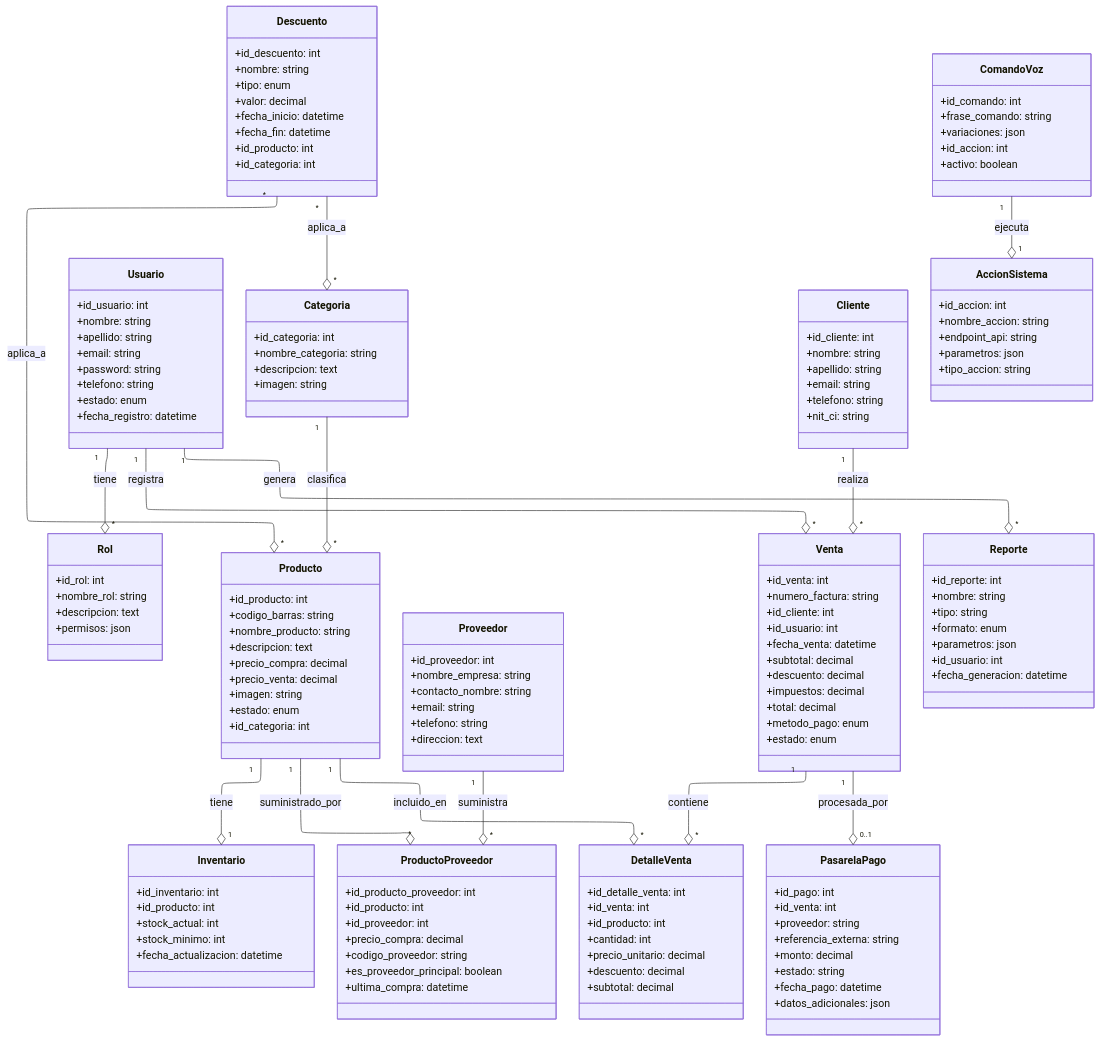
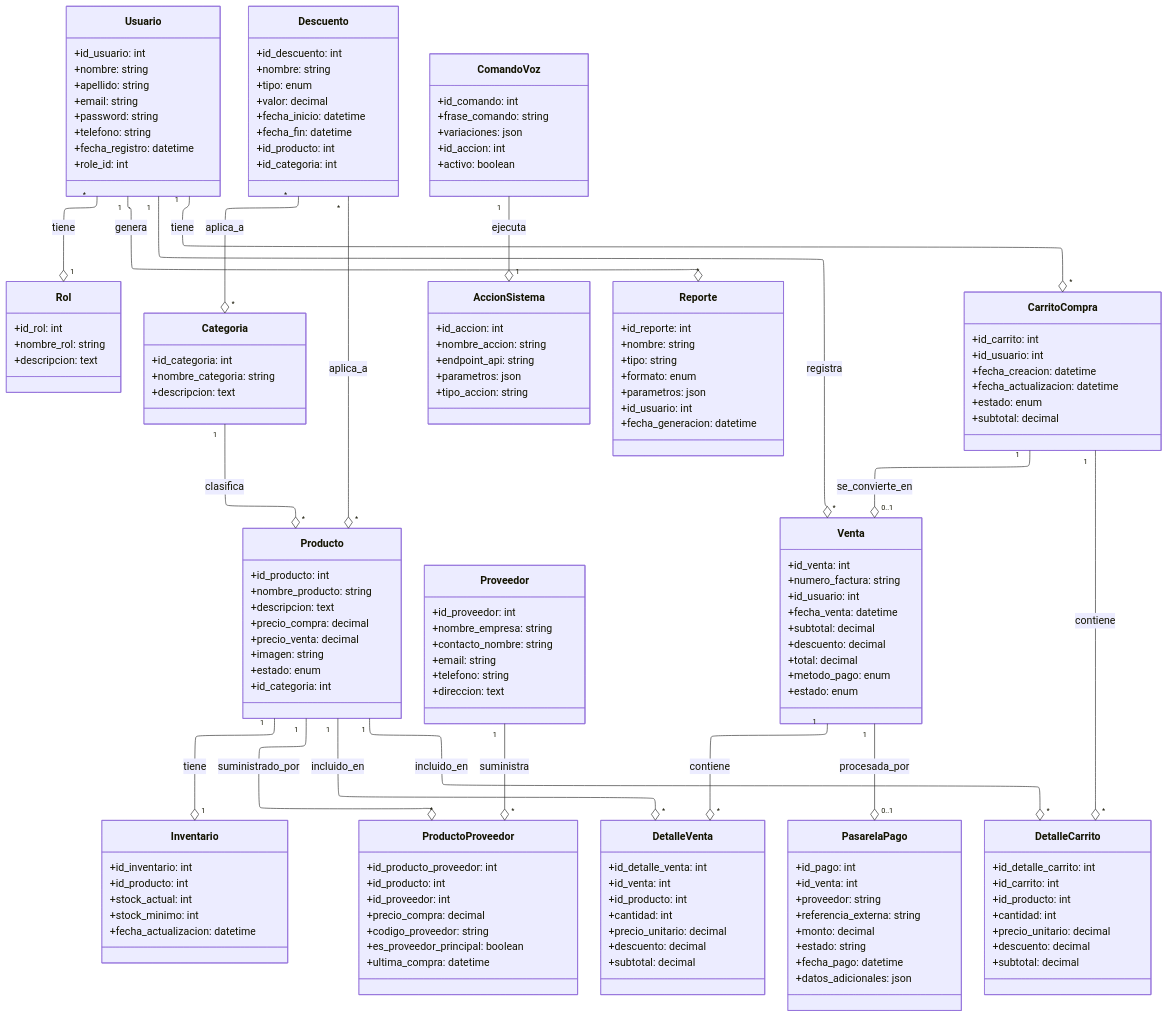
Before and after one commit to AlexTiclla/flutter_pos: the diagram in bd.mermaid, drawn with Mermaid. The commit also changed 17 other files, not shown here.

```diff
--- a/bd.mermaid
+++ b/bd.mermaid
@@ -1,150 +1,158 @@
 ---
 config:
   layout: elk
 ---
 classDiagram
-    direction TB
+direction TB
     class Usuario {
-        +id_usuario: int
-        +nombre: string
-        +apellido: string
-        +email: string
-        +password: string
-        +telefono: string
-        +estado: enum
-        +fecha_registro: datetime
+	    +id_usuario: int
+	    +nombre: string
+	    +apellido: string
+	    +email: string
+	    +password: string
+	    +telefono: string
+	    +fecha_registro: datetime
+        +role_id: int
     }
     class Rol {
-        +id_rol: int
-        +nombre_rol: string
-        +descripcion: text
-        +permisos: json
+	    +id_rol: int
+	    +nombre_rol: string
+	    +descripcion: text
     }
     class Producto {
-        +id_producto: int
-        +codigo_barras: string
-        +nombre_producto: string
-        +descripcion: text
-        +precio_compra: decimal
-        +precio_venta: decimal
-        +imagen: string
-        +estado: enum
-        +id_categoria: int
+	    +id_producto: int
+	    +nombre_producto: string
+	    +descripcion: text
+	    +precio_compra: decimal
+	    +precio_venta: decimal
+	    +imagen: string
+	    +estado: enum
+	    +id_categoria: int
     }
     class Categoria {
-        +id_categoria: int
-        +nombre_categoria: string
-        +descripcion: text
-        +imagen: string
+	    +id_categoria: int
+	    +nombre_categoria: string
+	    +descripcion: text
     }
     class Inventario {
-        +id_inventario: int
-        +id_producto: int
-        +stock_actual: int
-        +stock_minimo: int
-        +fecha_actualizacion: datetime
+	    +id_inventario: int
+	    +id_producto: int
+	    +stock_actual: int
+	    +stock_minimo: int
+	    +fecha_actualizacion: datetime
     }
     class Proveedor {
-        +id_proveedor: int
-        +nombre_empresa: string
-        +contacto_nombre: string
-        +email: string
-        +telefono: string
-        +direccion: text
+	    +id_proveedor: int
+	    +nombre_empresa: string
+	    +contacto_nombre: string
+	    +email: string
+	    +telefono: string
+	    +direccion: text
     }
     class ProductoProveedor {
-        +id_producto_proveedor: int
-        +id_producto: int
-        +id_proveedor: int
-        +precio_compra: decimal
-        +codigo_proveedor: string
-        +es_proveedor_principal: boolean
-        +ultima_compra: datetime
-    }
-    class Cliente {
-        +id_cliente: int
-        +nombre: string
-        +apellido: string
-        +email: string
-        +telefono: string
-        +nit_ci: string
+	    +id_producto_proveedor: int
+	    +id_producto: int
+	    +id_proveedor: int
+	    +precio_compra: decimal
+	    +codigo_proveedor: string
+	    +es_proveedor_principal: boolean
+	    +ultima_compra: datetime
     }
     class Venta {
-        +id_venta: int
-        +numero_factura: string
-        +id_cliente: int
-        +id_usuario: int
-        +fecha_venta: datetime
-        +subtotal: decimal
-        +descuento: decimal
-        +impuestos: decimal
-        +total: decimal
-        +metodo_pago: enum
-        +estado: enum
+	    +id_venta: int
+	    +numero_factura: string
+	    +id_usuario: int
+	    +fecha_venta: datetime
+	    +subtotal: decimal
+	    +descuento: decimal
+	    +total: decimal
+	    +metodo_pago: enum
+	    +estado: enum
     }
     class DetalleVenta {
-        +id_detalle_venta: int
-        +id_venta: int
-        +id_producto: int
-        +cantidad: int
-        +precio_unitario: decimal
-        +descuento: decimal
-        +subtotal: decimal
+	    +id_detalle_venta: int
+	    +id_venta: int
+	    +id_producto: int
+	    +cantidad: int
+	    +precio_unitario: decimal
+	    +descuento: decimal
+	    +subtotal: decimal
     }
     class Descuento {
-        +id_descuento: int
-        +nombre: string
-        +tipo: enum
-        +valor: decimal
-        +fecha_inicio: datetime
-        +fecha_fin: datetime
-        +id_producto: int
-        +id_categoria: int
+	    +id_descuento: int
+	    +nombre: string
+	    +tipo: enum
+	    +valor: decimal
+	    +fecha_inicio: datetime
+	    +fecha_fin: datetime
+	    +id_producto: int
+	    +id_categoria: int
     }
     class PasarelaPago {
-        +id_pago: int
-        +id_venta: int
-        +proveedor: string
-        +referencia_externa: string
-        +monto: decimal
-        +estado: string
-        +fecha_pago: datetime
-        +datos_adicionales: json
+	    +id_pago: int
+	    +id_venta: int
+	    +proveedor: string
+	    +referencia_externa: string
+	    +monto: decimal
+	    +estado: string
+	    +fecha_pago: datetime
+	    +datos_adicionales: json
     }
     class ComandoVoz {
-        +id_comando: int
-        +frase_comando: string
-        +variaciones: json
-        +id_accion: int
-        +activo: boolean
+	    +id_comando: int
+	    +frase_comando: string
+	    +variaciones: json
+	    +id_accion: int
+	    +activo: boolean
     }
     class AccionSistema {
-        +id_accion: int
-        +nombre_accion: string
-        +endpoint_api: string
-        +parametros: json
-        +tipo_accion: string
+	    +id_accion: int
+	    +nombre_accion: string
+	    +endpoint_api: string
+	    +parametros: json
+	    +tipo_accion: string
     }
     class Reporte {
-        +id_reporte: int
-        +nombre: string
-        +tipo: string
-        +formato: enum
-        +parametros: json
-        +id_usuario: int
-        +fecha_generacion: datetime
+	    +id_reporte: int
+	    +nombre: string
+	    +tipo: string
+	    +formato: enum
+	    +parametros: json
+	    +id_usuario: int
+	    +fecha_generacion: datetime
     }
-    Usuario "1" --o "*" Rol : tiene
+    class CarritoCompra {
+	    +id_carrito: int
+	    +id_usuario: int
+	    +fecha_creacion: datetime
+	    +fecha_actualizacion: datetime
+	    +estado: enum
+	    +subtotal: decimal
+    }
+    class DetalleCarrito {
+	    +id_detalle_carrito: int
+	    +id_carrito: int
+	    +id_producto: int
+	    +cantidad: int
+	    +precio_unitario: decimal
+	    +descuento: decimal
+	    +subtotal: decimal
+    }
+
+    Usuario "*" --o "1" Rol : tiene
     Usuario "1" --o "*" Venta : registra
-    Cliente "1" --o "*" Venta : realiza
+    Usuario "1" --o "*" CarritoCompra : tiene
     Venta "1" --o "*" DetalleVenta : contiene
     Producto "1" --o "*" DetalleVenta : incluido_en
+    Producto "1" --o "*" DetalleCarrito : incluido_en
+    CarritoCompra "1" --o "*" DetalleCarrito : contiene
+    CarritoCompra "1" --o "0..1" Venta : se_convierte_en
     Categoria "1" --o "*" Producto : clasifica
     Producto "1" --o "1" Inventario : tiene
     Producto "1" --o "*" ProductoProveedor : suministrado_por
     Proveedor "1" --o "*" ProductoProveedor : suministra
     Descuento "*" --o "*" Producto : aplica_a
     Descuento "*" --o "*" Categoria : aplica_a
     ComandoVoz "1" --o "1" AccionSistema : ejecuta
     Usuario "1" --o "*" Reporte : genera
     Venta "1" --o "0..1" PasarelaPago : procesada_por
```
